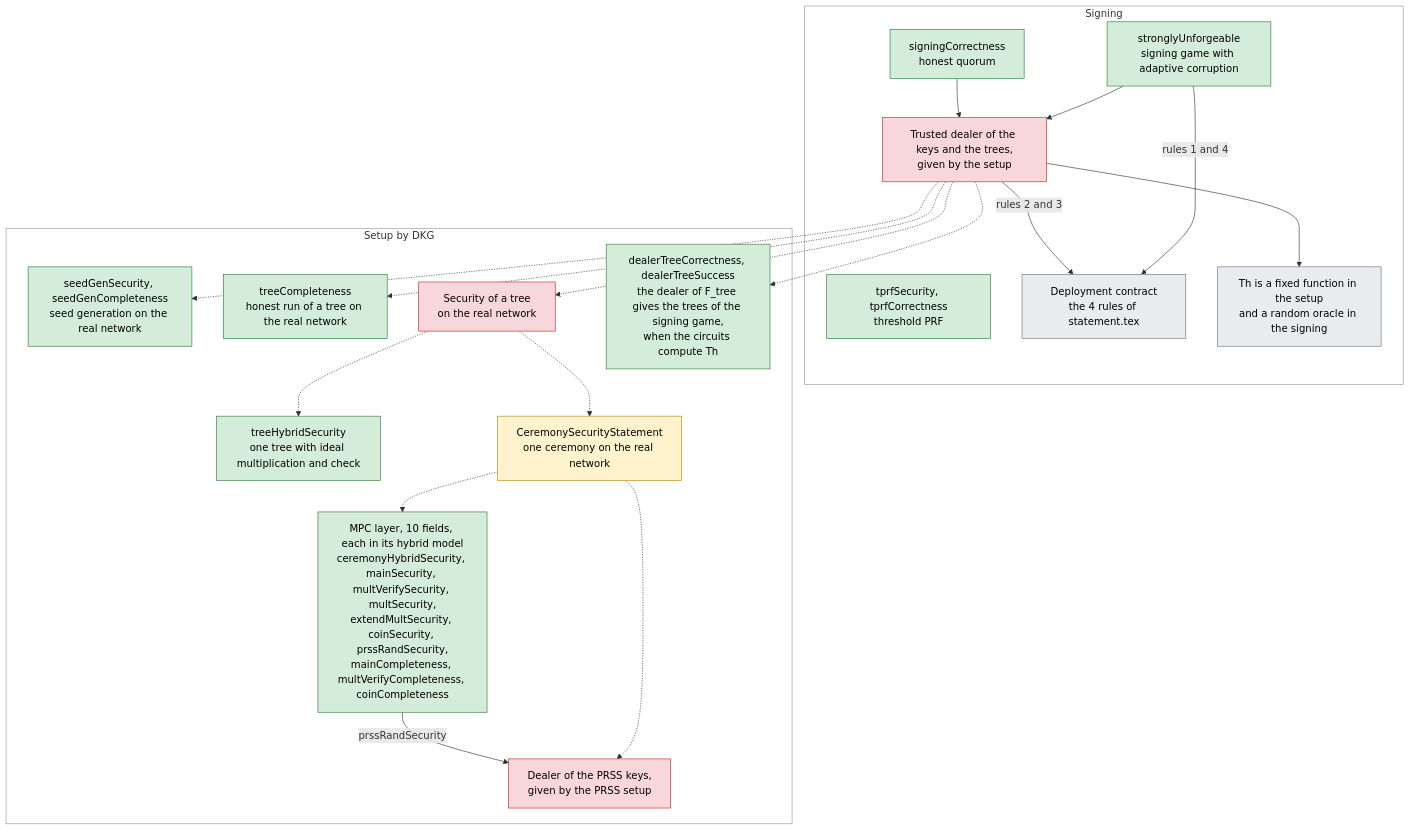
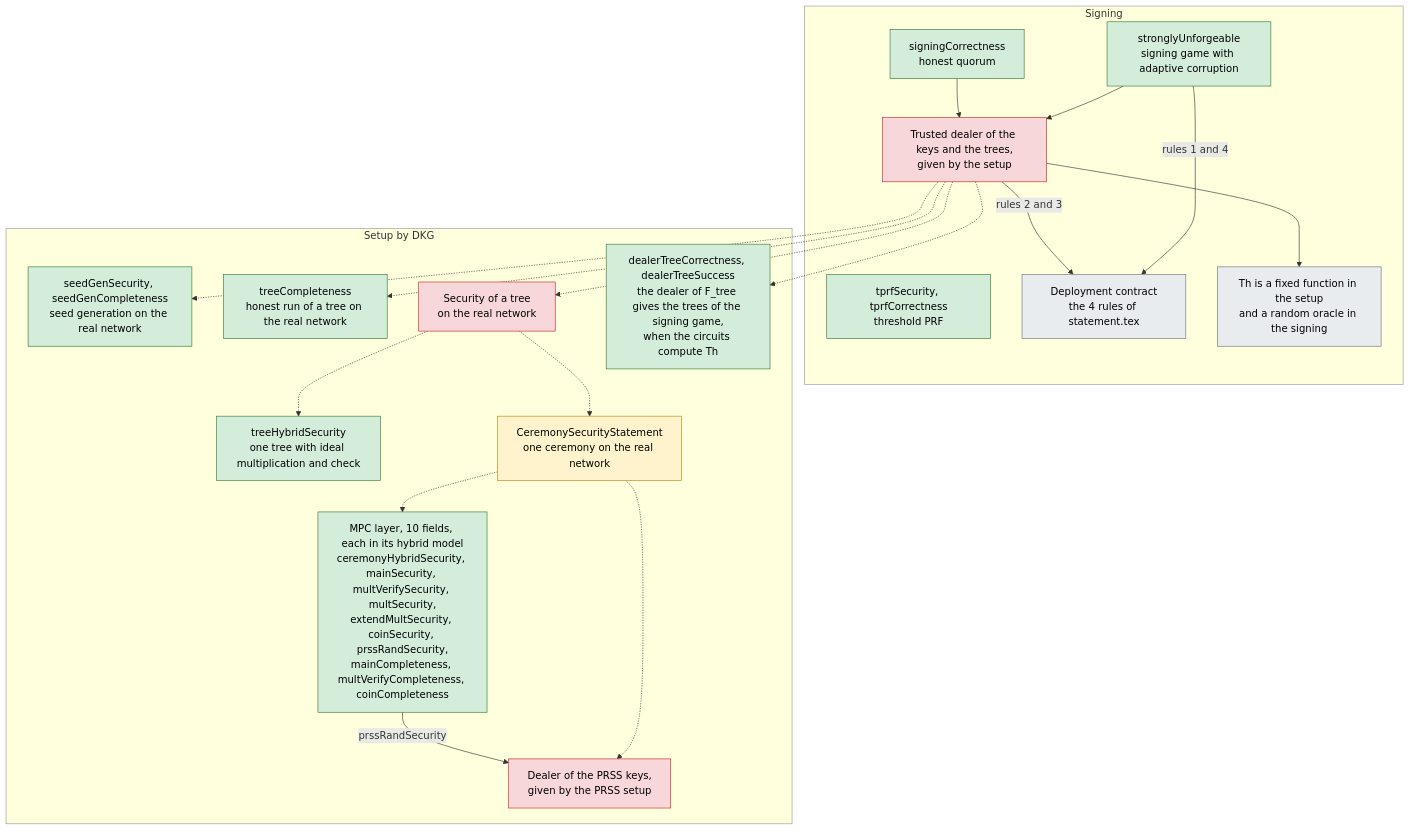
Before and after one commit to han0110/threshold-lean-xmss: the diagram in formal/README.md, drawn with Mermaid.

Commit message:
docs(formal): no fill color for the groups of the claim map
The groups of the map take the background of the page, so the map also reads in a dark theme.

````diff
--- a/formal/README.md
+++ b/formal/README.md
@@ -59,45 +59,45 @@
 ```mermaid
 flowchart TB
   classDef proved fill:#d4edda,stroke:#2e7d32,color:#000
   classDef stated fill:#fff3cd,stroke:#b8860b,color:#000
   classDef missing fill:#f8d7da,stroke:#c62828,color:#000
   classDef assumed fill:#e9ecef,stroke:#6c757d,color:#000
 
   subgraph SIG["Signing"]
     SUF["stronglyUnforgeable<br/>signing game with adaptive corruption"]:::proved
     SCOR["signingCorrectness<br/>honest quorum"]:::proved
     TPRF["tprfSecurity, tprfCorrectness<br/>threshold PRF"]:::proved
     DEALT["Trusted dealer of the keys and the trees,<br/>given by the setup"]:::missing
     RULES["Deployment contract<br/>the 4 rules of statement.tex"]:::assumed
     HEUR["Th is a fixed function in the setup<br/>and a random oracle in the signing"]:::assumed
   end
 
   subgraph DKG["Setup by DKG"]
     SEED["seedGenSecurity, seedGenCompleteness<br/>seed generation on the real network"]:::proved
     TCOMP["treeCompleteness<br/>honest run of a tree on the real network"]:::proved
     THYB["treeHybridSecurity<br/>one tree with ideal multiplication and check"]:::proved
     TSEC["Security of a tree<br/>on the real network"]:::missing
     DEALER["dealerTreeCorrectness, dealerTreeSuccess<br/>the dealer of F_tree gives the trees of the signing game,<br/>when the circuits compute Th"]:::proved
     CSEC["CeremonySecurityStatement<br/>one ceremony on the real network"]:::stated
     MPC["MPC layer, 10 fields, each in its hybrid model<br/>ceremonyHybridSecurity, mainSecurity, multVerifySecurity, multSecurity,<br/>extendMultSecurity, coinSecurity, prssRandSecurity,<br/>mainCompleteness, multVerifyCompleteness, coinCompleteness"]:::proved
     PKEYS["Dealer of the PRSS keys,<br/>given by the PRSS setup"]:::missing
   end
 
-  style SIG fill:#ffffff,stroke:#999999
-  style DKG fill:#ffffff,stroke:#999999
+  style SIG stroke:#999999
+  style DKG stroke:#999999
 
   SUF --> DEALT
   SCOR --> DEALT
   SUF -->|rules 1 and 4| RULES
   DEALT -->|rules 2 and 3| RULES
   DEALT --> HEUR
   DEALT -.-> SEED
   DEALT -.-> DEALER
   DEALT -.-> TCOMP
   DEALT -.-> TSEC
   TSEC -.-> THYB
   TSEC -.-> CSEC
   CSEC -.-> MPC
   CSEC -.-> PKEYS
   MPC -->|prssRandSecurity| PKEYS
 ```
````
